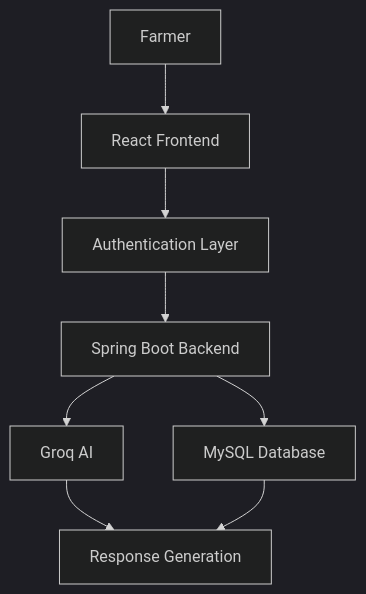
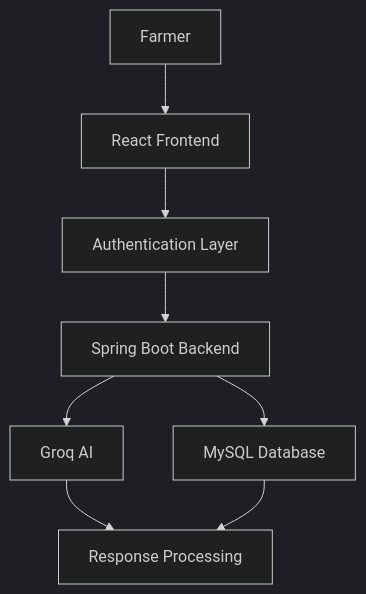
Before and after one commit to aadeshkhamkar/KrishiMitra: the first of 3 diagrams in README.md, drawn with Mermaid (dark theme). The commit also changed other lines of this file, not shown here.

````diff
--- a/README.md
+++ b/README.md
@@ -144,19 +191,19 @@
 ```mermaid
 flowchart TD
 
 A[Farmer]
 
 A --> B[React Frontend]
 
 B --> C[Authentication Layer]
 
 C --> D[Spring Boot Backend]
 
 D --> E[Groq AI]
 
 D --> F[MySQL Database]
 
-E --> G[Response Generation]
+E --> G[Response Processing]
 
 F --> G
 ```
````
